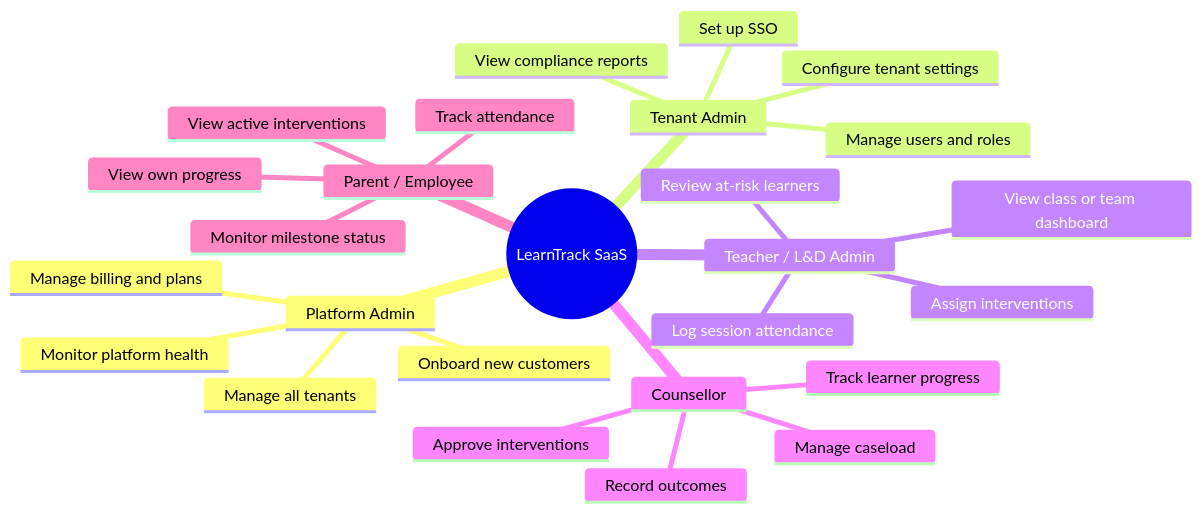
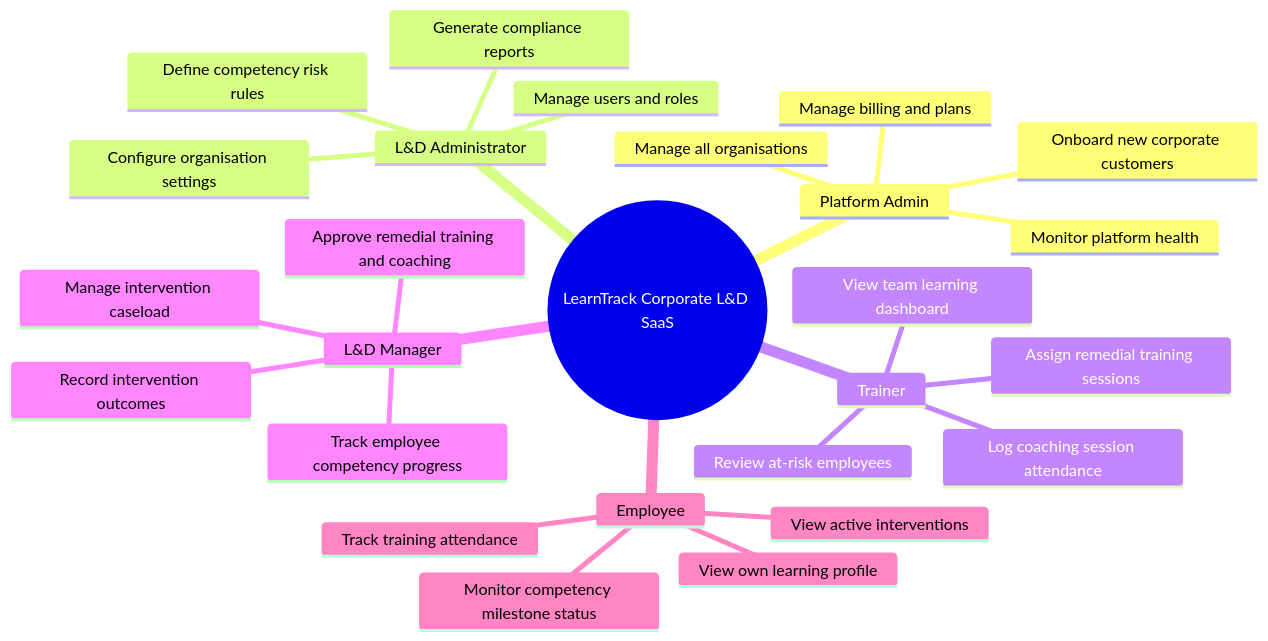
Before and after one commit to taarak18/propeller: the first of 12 diagrams in L-D/.sasva/overview/04-user-journeys.md, drawn with Mermaid. The commit also changed other lines of this file and 6 other files, not shown here.

````diff
--- a/L-D/.sasva/overview/04-user-journeys.md
+++ b/L-D/.sasva/overview/04-user-journeys.md
@@ -7,29 +7,29 @@
 ```mermaid
 mindmap
-  root((LearnTrack SaaS))
+  root((LearnTrack Corporate L&D SaaS))
     Platform Admin
-      Manage all tenants
-      Onboard new customers
+      Manage all organisations
+      Onboard new corporate customers
       Monitor platform health
       Manage billing and plans
-    Tenant Admin
-      Configure tenant settings
+    L&D Administrator
+      Configure organisation settings
       Manage users and roles
-      Set up SSO
-      View compliance reports
-    Teacher / L&D Admin
-      View class or team dashboard
-      Review at-risk learners
-      Assign interventions
-      Log session attendance
-    Counsellor
-      Manage caseload
-      Approve interventions
-      Track learner progress
-      Record outcomes
-    Parent / Employee
-      View own progress
-      Track attendance
-      Monitor milestone status
+      Define competency risk rules
+      Generate compliance reports
+    Trainer
+      View team learning dashboard
+      Review at-risk employees
+      Assign remedial training sessions
+      Log coaching session attendance
+    L&D Manager
+      Manage intervention caseload
+      Approve remedial training and coaching
+      Track employee competency progress
+      Record intervention outcomes
+    Employee
+      View own learning profile
+      Track training attendance
+      Monitor competency milestone status
       View active interventions
 ```
````
